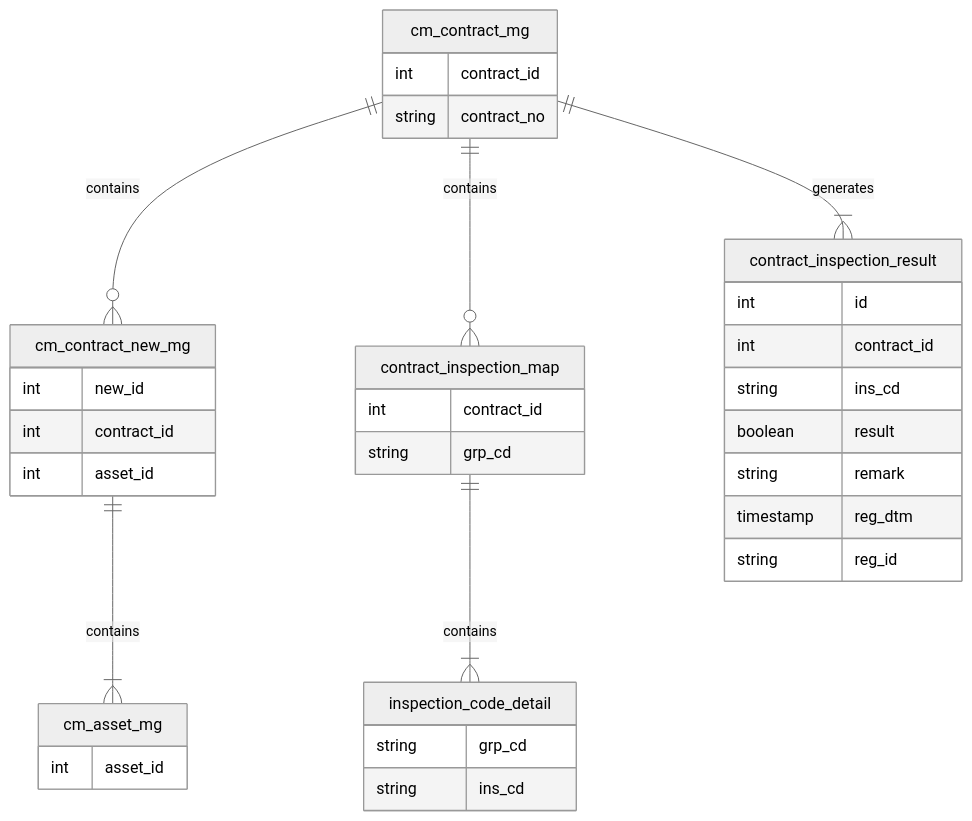
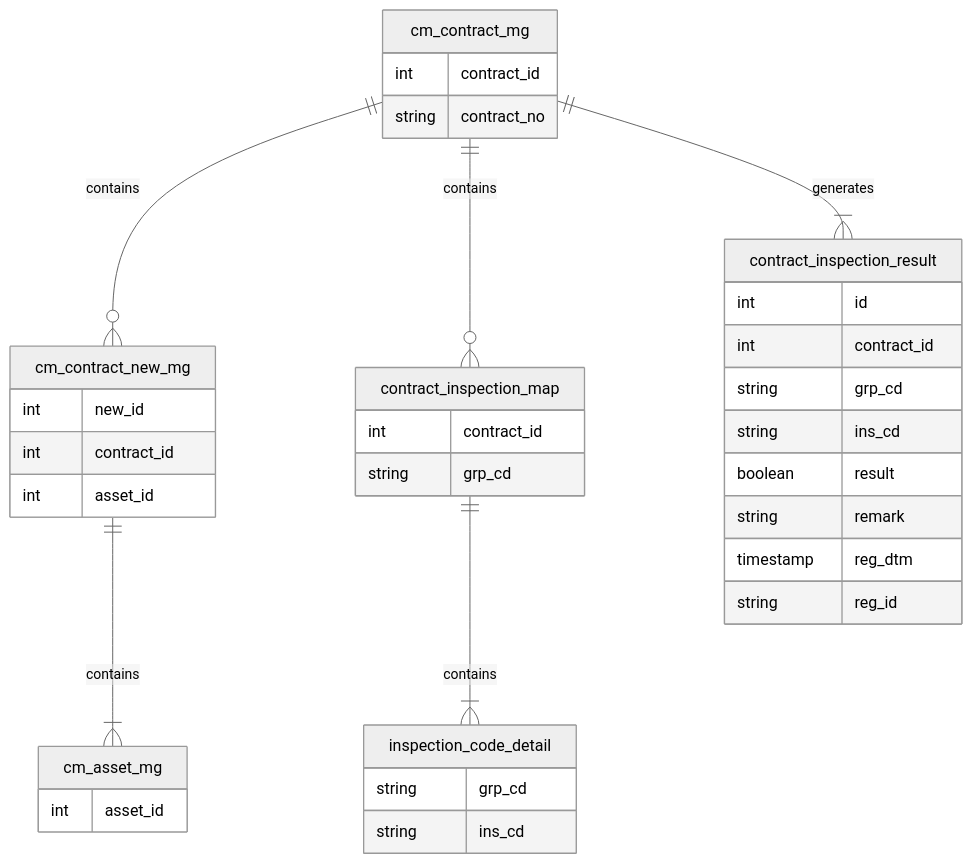
One commit to sseregit/Obsidian changed the diagram in Works/KnowWhereSoft/complysight/정보시스템 상태점검/ERD.md. Above: the diagram before and after it, drawn with Mermaid (neutral theme). The commit also changed other lines of this file and 1 other file, not shown here.

Commit message:
vault backup: 2025-07-09 14:36:58

```diff
--- a/Works/KnowWhereSoft/complysight/정보시스템 상태점검/ERD.md
+++ b/Works/KnowWhereSoft/complysight/정보시스템 상태점검/ERD.md
@@ -68,6 +68,8 @@
     int id
 
     int contract_id
+	
+	string grp_cd
 
     string ins_cd
 
```
